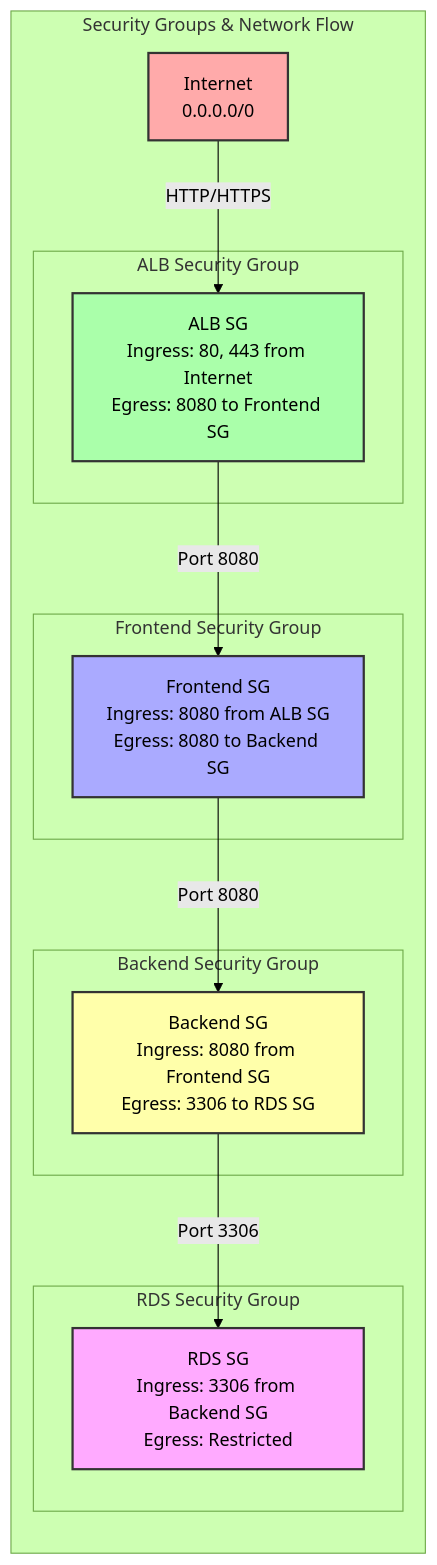
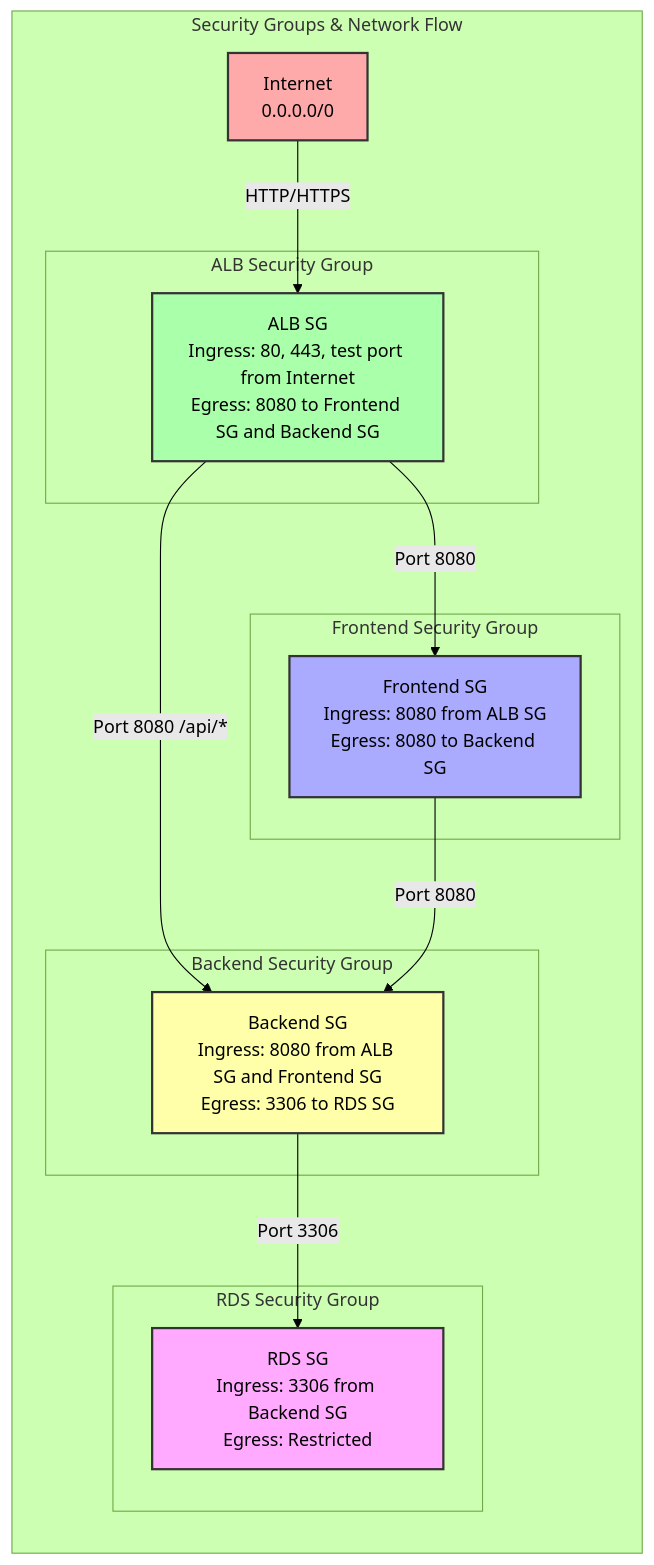
One commit to sabiut/terraform-aws-ecs-infra changed the second of 3 diagrams in README.md. Above: the diagram before and after it, drawn with Mermaid (forest theme). The commit also changed other lines of this file and 11 other files, not shown here.

````diff
--- a/README.md
+++ b/README.md
@@ -77,33 +77,34 @@
 ```mermaid
 graph LR
     subgraph "Security Groups & Network Flow"
         Internet[Internet<br/>0.0.0.0/0]
 
         subgraph "ALB Security Group"
-            ALB_SG[ALB SG<br/>Ingress: 80, 443 from Internet<br/>Egress: 8080 to Frontend SG]
+            ALB_SG[ALB SG<br/>Ingress: 80, 443, test port from Internet<br/>Egress: 8080 to Frontend SG and Backend SG]
         end
 
         subgraph "Frontend Security Group"
             FE_SG[Frontend SG<br/>Ingress: 8080 from ALB SG<br/>Egress: 8080 to Backend SG]
         end
 
         subgraph "Backend Security Group"
-            BE_SG[Backend SG<br/>Ingress: 8080 from Frontend SG<br/>Egress: 3306 to RDS SG]
+            BE_SG[Backend SG<br/>Ingress: 8080 from ALB SG and Frontend SG<br/>Egress: 3306 to RDS SG]
         end
 
         subgraph "RDS Security Group"
             RDS_SG[RDS SG<br/>Ingress: 3306 from Backend SG<br/>Egress: Restricted]
         end
     end
 
     Internet -->|HTTP/HTTPS| ALB_SG
     ALB_SG -->|Port 8080| FE_SG
+    ALB_SG -->|Port 8080 /api/*| BE_SG
     FE_SG -->|Port 8080| BE_SG
     BE_SG -->|Port 3306| RDS_SG
 
     style Internet fill:#faa,stroke:#333,stroke-width:2px
     style ALB_SG fill:#afa,stroke:#333,stroke-width:2px
     style FE_SG fill:#aaf,stroke:#333,stroke-width:2px
     style BE_SG fill:#ffa,stroke:#333,stroke-width:2px
     style RDS_SG fill:#faf,stroke:#333,stroke-width:2px
 ```
````
